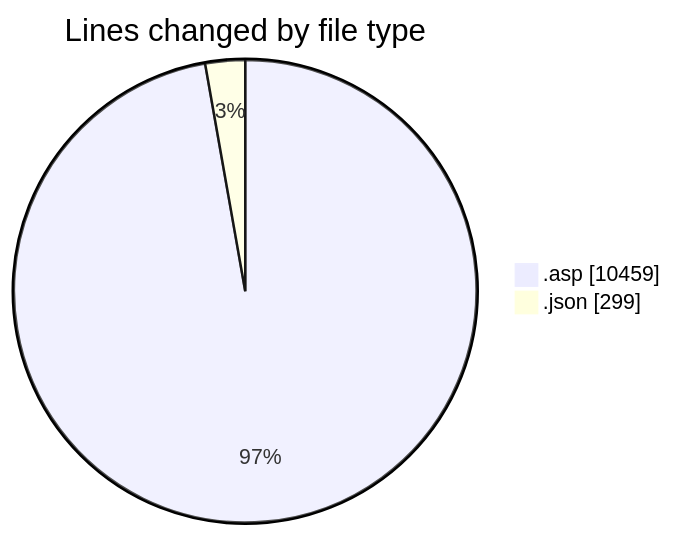
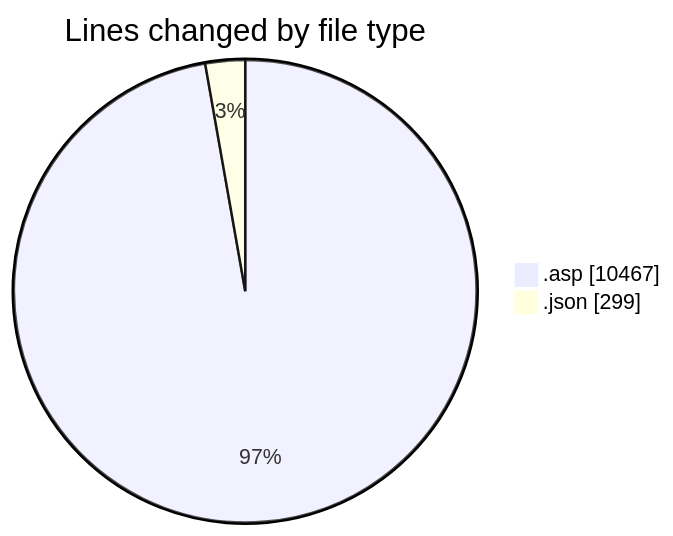
One commit to julien-gomy/code-tracking changed the first of 2 diagrams in 2025-11-15/usr_aleoudev_fr__workspace_/README.md. Above: the diagram before and after it, drawn with Mermaid. The commit also changed other lines of this file and 1 other file, not shown here.

````diff
--- a/2025-11-15/usr_aleoudev_fr__workspace_/README.md
+++ b/2025-11-15/usr_aleoudev_fr__workspace_/README.md
@@ -28,6 +28,6 @@
 ```mermaid
 pie showData
 title Lines changed by file type
-".asp" : 10459
+".asp" : 10467
 ".json" : 299
 ```
````
